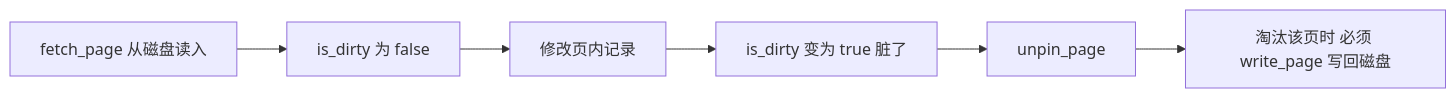
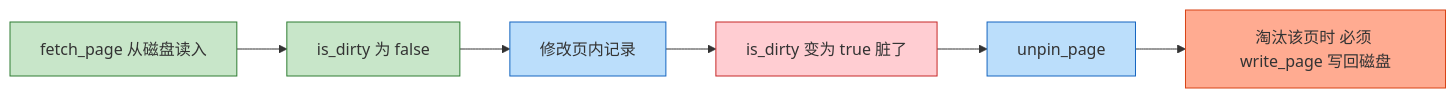
The second of 3 diagrams in my-analysis/01-storage-layer/04-buffer-pool-overview.md (Dorian7Alden/RMDB-2024-Analyze), drawn with Mermaid before and after one commit. The commit also changed other lines of this file, not shown here.

Commit message:
缓冲池概述：mermaid 图增加颜色分类与图例说明

````diff
--- a/my-analysis/01-storage-layer/04-buffer-pool-overview.md
+++ b/my-analysis/01-storage-layer/04-buffer-pool-overview.md
@@ -71,8 +71,17 @@
 ```mermaid
 flowchart LR
     A["fetch_page 从磁盘读入"] --> B["is_dirty 为 false"]
     B --> C["修改页内记录"]
     C --> D["is_dirty 变为 true 脏了"]
     D --> E["unpin_page"]
     E --> F["淘汰该页时 必须 write_page 写回磁盘"]
+
+    classDef clean fill:#c8e6c9,stroke:#2e7d32
+    classDef dirty fill:#ffcdd2,stroke:#c62828
+    classDef action fill:#bbdefb,stroke:#1565c0
+    classDef danger fill:#ffab91,stroke:#d84315
+    class A,B clean
+    class C,E action
+    class D dirty
+    class F danger
 ```
````
